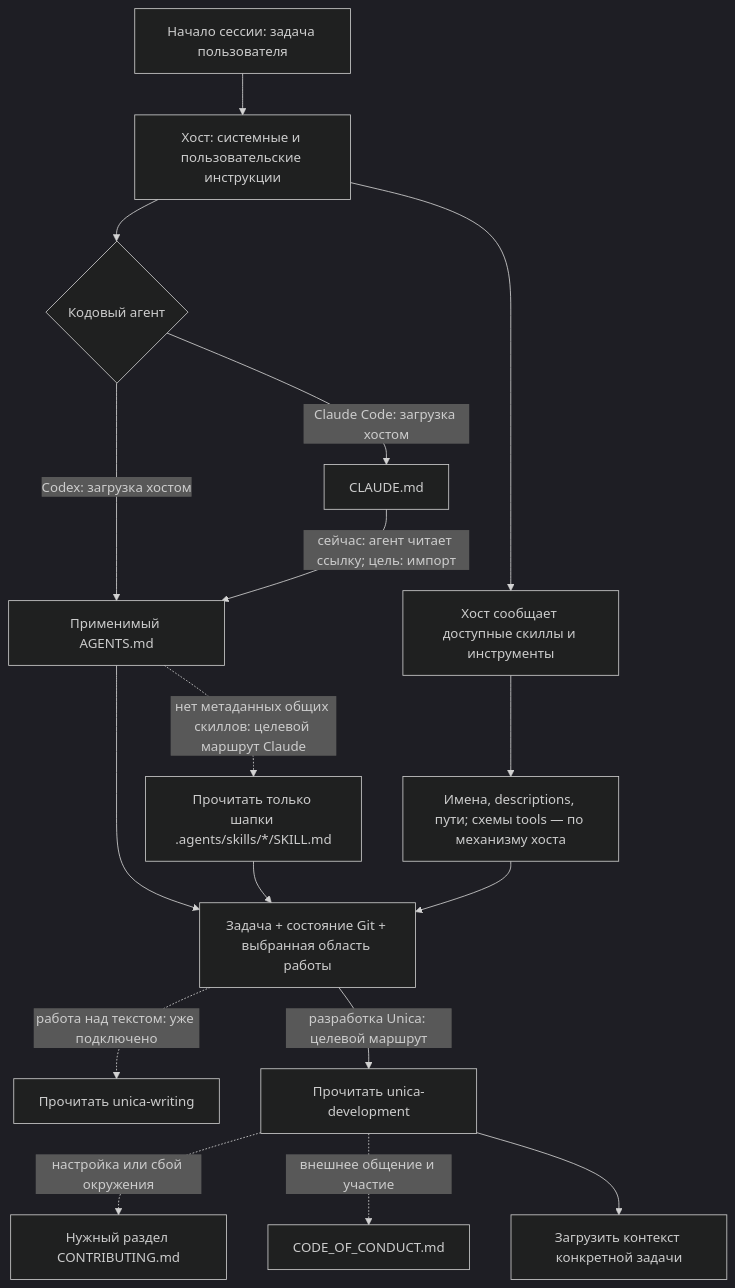
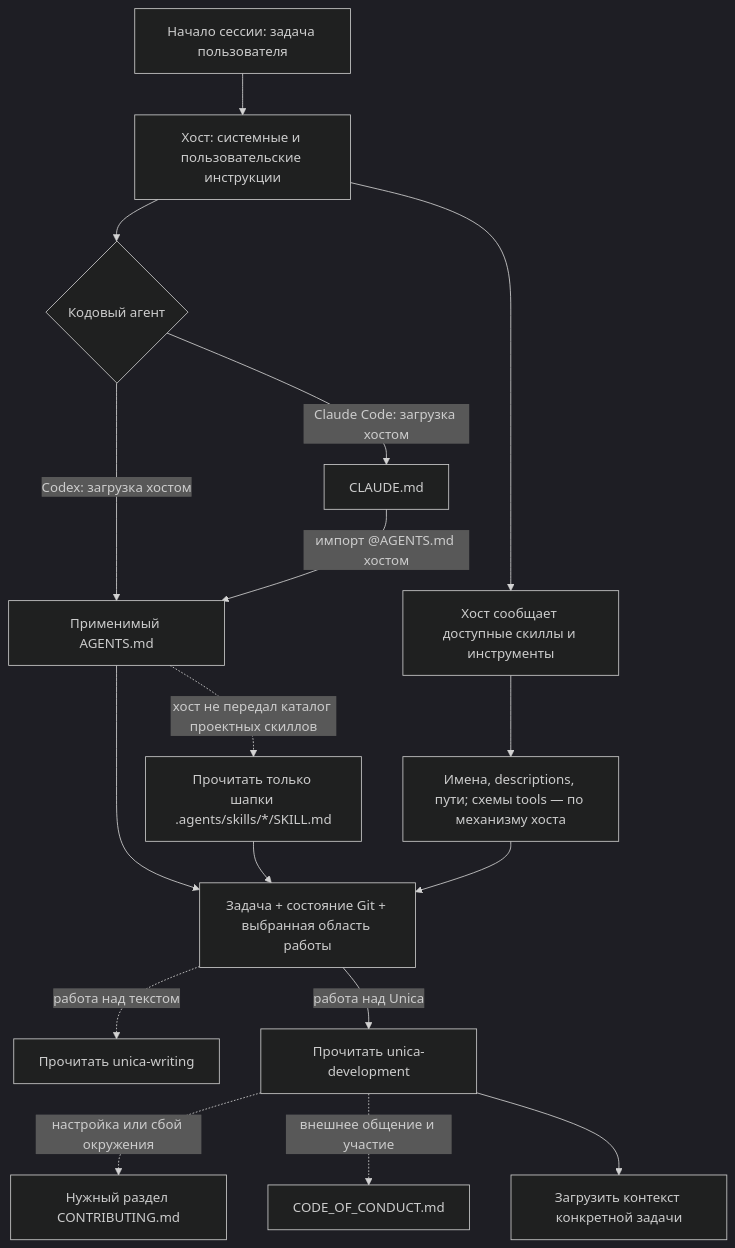
One commit to IngvarConsulting/unica changed the first of 2 diagrams in AI_DEV.md. Above: the diagram before and after it, drawn with Mermaid (dark theme). The commit also changed other lines of this file and 10 other files, not shown here.

Commit message:
Move Unica development workflow into focused project skills

````diff
--- a/AI_DEV.md
+++ b/AI_DEV.md
@@ -20,19 +21,19 @@
 ```mermaid
 flowchart TD
     S["Начало сессии: задача пользователя"] --> H["Хост: системные и пользовательские инструкции"]
     H --> C{"Кодовый агент"}
     C -->|"Codex: загрузка хостом"| A["Применимый AGENTS.md"]
     C -->|"Claude Code: загрузка хостом"| CL["CLAUDE.md"]
-    CL -->|"сейчас: агент читает ссылку; цель: импорт"| A
+    CL -->|"импорт @AGENTS.md хостом"| A
     H --> M["Хост сообщает доступные скиллы и инструменты"]
     M --> META["Имена, descriptions, пути; схемы tools — по механизму хоста"]
     A --> Q["Задача + состояние Git + выбранная область работы"]
-    Q -.->|"работа над текстом: уже подключено"| W["Прочитать unica-writing"]
+    Q -.->|"работа над текстом"| W["Прочитать unica-writing"]
     META --> Q
-    A -.->|"нет метаданных общих скиллов: целевой маршрут Claude"| FM["Прочитать только шапки .agents/skills/*/SKILL.md"]
+    A -.->|"хост не передал каталог проектных скиллов"| FM["Прочитать только шапки .agents/skills/*/SKILL.md"]
     FM --> Q
-    Q -->|"разработка Unica: целевой маршрут"| D["Прочитать unica-development"]
+    Q -->|"работа над Unica"| D["Прочитать unica-development"]
     D -.->|"настройка или сбой окружения"| ENV["Нужный раздел CONTRIBUTING.md"]
     D -.->|"внешнее общение и участие"| COC["CODE_OF_CONDUCT.md"]
     D --> WORK["Загрузить контекст конкретной задачи"]
 ```
````
